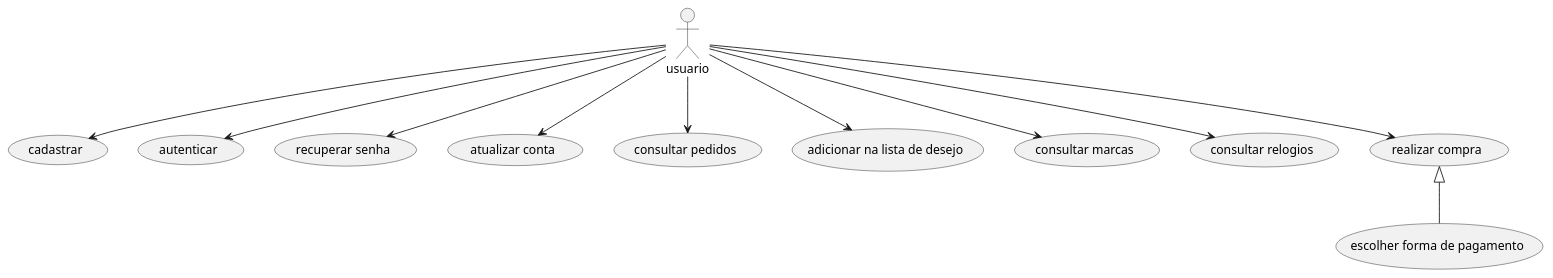
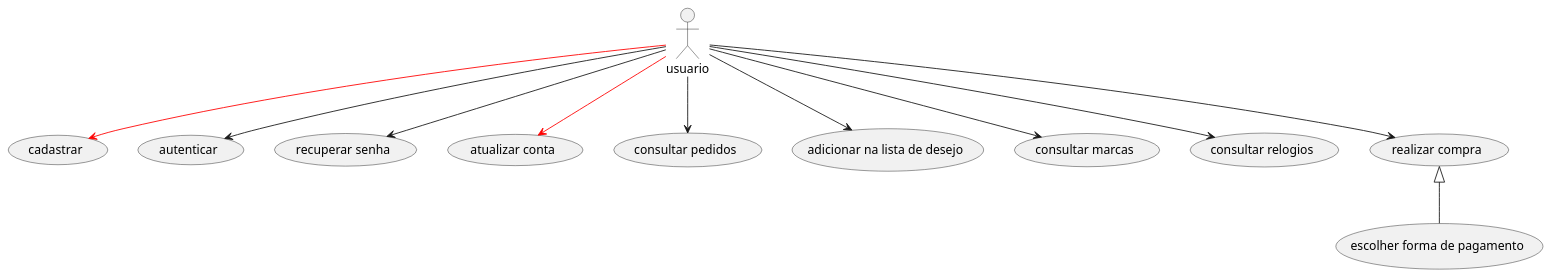
One commit to leonardo-brasil/quarkus-ecommerce-relogio changed the diagram in docs/use-case-diagram/usuario.plantuml. Above: the diagram before and after it, drawn with PlantUML. The commit also changed 2 other files, not shown here.

Commit message:
Atualizando Diagramas

```diff
--- a/docs/use-case-diagram/usuario.plantuml
+++ b/docs/use-case-diagram/usuario.plantuml
@@ -1,19 +1,19 @@
 @startuml usuario
 
 actor usuario
 
 ' CRUD de Usuário
-usuario --> (cadastrar)
+usuario --> (cadastrar) #Red
 usuario --> (autenticar)
 usuario --> (recuperar senha)
-usuario --> (atualizar conta)
+usuario --> (atualizar conta) #Red
 usuario --> (consultar pedidos)
 usuario --> (adicionar na lista de desejo)
 
 usuario --> (consultar marcas)
 usuario --> (consultar relogios)
 usuario --> (realizar compra)
 
 (realizar compra) <|-- (escolher forma de pagamento)
 
 @enduml
```
